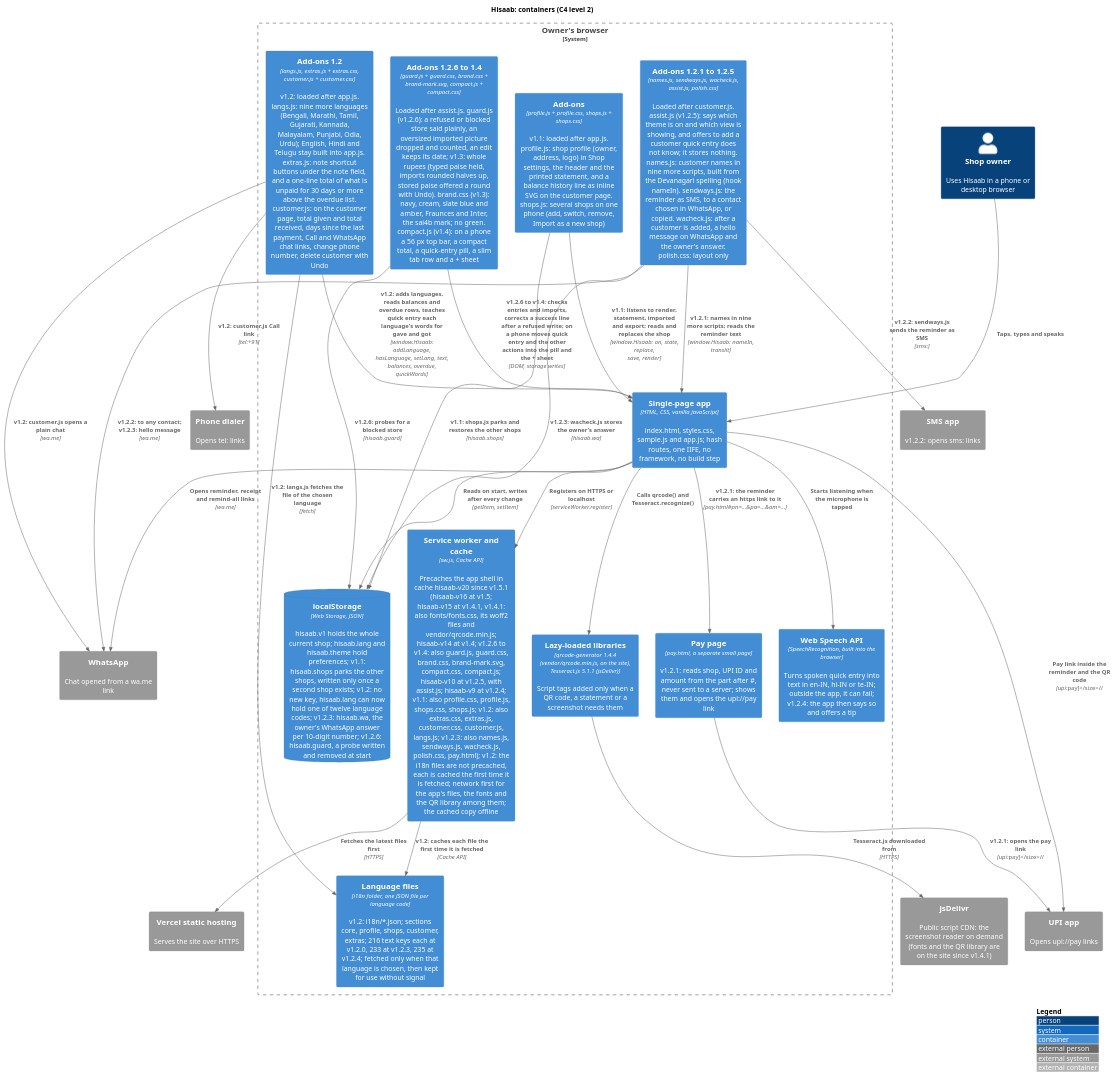
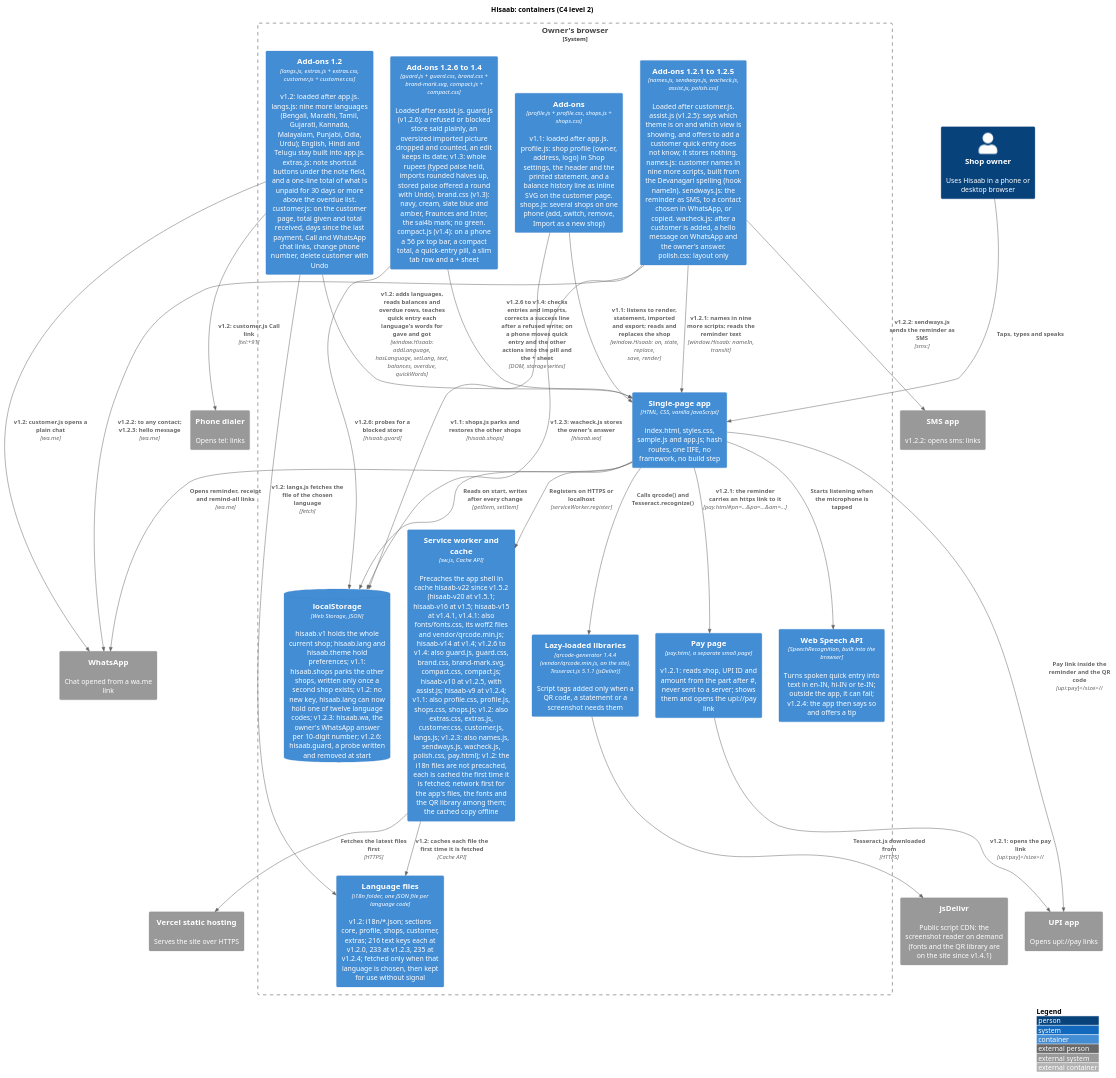
Before and after one commit to karwasanjay007/hisaab-docs: the diagram in docs/diagrams/c4-container.puml, drawn with PlantUML. The commit also changed 17 other files, not shown here.

```diff
--- a/docs/diagrams/c4-container.puml
+++ b/docs/diagrams/c4-container.puml
@@ -1,53 +1,53 @@
 @startuml c4-container
 !include <C4/C4_Container>
 title Hisaab: containers (C4 level 2)
 
 Person(owner, "Shop owner", "Uses Hisaab in a phone or desktop browser")
 System_Ext(whatsapp, "WhatsApp", "Chat opened from a wa.me link")
 System_Ext(upi, "UPI app", "Opens upi://pay links")
 System_Ext(dialer, "Phone dialer", "Opens tel: links")
 System_Ext(sms, "SMS app", "v1.2.2: opens sms: links")
 System_Ext(cdn, "jsDelivr", "Public script CDN: the screenshot reader on demand (fonts and the QR library are on the site since v1.4.1)")
 System_Ext(vercel, "Vercel static hosting", "Serves the site over HTTPS")
 
 System_Boundary(browser, "Owner's browser") {
   Container(spa, "Single-page app", "HTML, CSS, vanilla JavaScript", "index.html, styles.css, sample.js and app.js; hash routes, one IIFE, no framework, no build step")
   Container(addons, "Add-ons", "profile.js + profile.css, shops.js + shops.css", "v1.1: loaded after app.js. profile.js: shop profile (owner, address, logo) in Shop settings, the header and the printed statement, and a balance history line as inline SVG on the customer page. shops.js: several shops on one phone (add, switch, remove, Import as a new shop)")
   ContainerDb(ls, "localStorage", "Web Storage, JSON", "hisaab.v1 holds the whole current shop; hisaab.lang and hisaab.theme hold preferences; v1.1: hisaab.shops parks the other shops, written only once a second shop exists; v1.2: no new key, hisaab.lang can now hold one of twelve language codes; v1.2.3: hisaab.wa, the owner's WhatsApp answer per 10-digit number; v1.2.6: hisaab.guard, a probe written and removed at start")
-  Container(sw, "Service worker and cache", "sw.js, Cache API", "Precaches the app shell in cache hisaab-v20 since v1.5.1 (hisaab-v16 at v1.5; hisaab-v15 at v1.4.1, v1.4.1: also fonts/fonts.css, its woff2 files and vendor/qrcode.min.js; hisaab-v14 at v1.4; v1.2.6 to v1.4: also guard.js, guard.css, brand.css, brand-mark.svg, compact.css, compact.js; hisaab-v10 at v1.2.5, with assist.js; hisaab-v9 at v1.2.4; v1.1: also profile.css, profile.js, shops.css, shops.js; v1.2: also extras.css, extras.js, customer.css, customer.js, langs.js; v1.2.3: also names.js, sendways.js, wacheck.js, polish.css, pay.html); v1.2: the i18n files are not precached, each is cached the first time it is fetched; network first for the app's files, the fonts and the QR library among them; the cached copy offline")
+  Container(sw, "Service worker and cache", "sw.js, Cache API", "Precaches the app shell in cache hisaab-v22 since v1.5.2 (hisaab-v20 at v1.5.1; hisaab-v16 at v1.5; hisaab-v15 at v1.4.1, v1.4.1: also fonts/fonts.css, its woff2 files and vendor/qrcode.min.js; hisaab-v14 at v1.4; v1.2.6 to v1.4: also guard.js, guard.css, brand.css, brand-mark.svg, compact.css, compact.js; hisaab-v10 at v1.2.5, with assist.js; hisaab-v9 at v1.2.4; v1.1: also profile.css, profile.js, shops.css, shops.js; v1.2: also extras.css, extras.js, customer.css, customer.js, langs.js; v1.2.3: also names.js, sendways.js, wacheck.js, polish.css, pay.html); v1.2: the i18n files are not precached, each is cached the first time it is fetched; network first for the app's files, the fonts and the QR library among them; the cached copy offline")
   Container(addons12, "Add-ons 1.2", "langs.js, extras.js + extras.css, customer.js + customer.css", "v1.2: loaded after app.js. langs.js: nine more languages (Bengali, Marathi, Tamil, Gujarati, Kannada, Malayalam, Punjabi, Odia, Urdu); English, Hindi and Telugu stay built into app.js. extras.js: note shortcut buttons under the note field, and a one-line total of what is unpaid for 30 days or more above the overdue list. customer.js: on the customer page, total given and total received, days since the last payment, Call and WhatsApp chat links, change phone number, delete customer with Undo")
   Container(i18nfiles, "Language files", "i18n folder, one JSON file per language code", "v1.2: i18n/*.json; sections core, profile, shops, customer, extras; 216 text keys each at v1.2.0, 233 at v1.2.3, 235 at v1.2.4; fetched only when that language is chosen, then kept for use without signal")
   Container(addons123, "Add-ons 1.2.1 to 1.2.5", "names.js, sendways.js, wacheck.js, assist.js, polish.css", "Loaded after customer.js. assist.js (v1.2.5): says which theme is on and which view is showing, and offers to add a customer quick entry does not know; it stores nothing. names.js: customer names in nine more scripts, built from the Devanagari spelling (hook nameIn). sendways.js: the reminder as SMS, to a contact chosen in WhatsApp, or copied. wacheck.js: after a customer is added, a hello message on WhatsApp and the owner's answer. polish.css: layout only")
   Container(addons14, "Add-ons 1.2.6 to 1.4", "guard.js + guard.css, brand.css + brand-mark.svg, compact.js + compact.css", "Loaded after assist.js. guard.js (v1.2.6): a refused or blocked store said plainly, an oversized imported picture dropped and counted, an edit keeps its date; v1.3: whole rupees (typed paise held, imports rounded halves up, stored paise offered a round with Undo). brand.css (v1.3): navy, cream, slate blue and amber, Fraunces and Inter, the sai4b mark; no green. compact.js (v1.4): on a phone a 56 px top bar, a compact total, a quick-entry pill, a slim tab row and a + sheet")
   Container(paypage, "Pay page", "pay.html, a separate small page", "v1.2.1: reads shop, UPI ID and amount from the part after #, never sent to a server; shows them and opens the upi://pay link")
   Container(libs, "Lazy-loaded libraries", "qrcode-generator 1.4.4 (vendor/qrcode.min.js, on the site), Tesseract.js 5.1.1 (jsDelivr)", "Script tags added only when a QR code, a statement or a screenshot needs them")
   Container(speech, "Web Speech API", "SpeechRecognition, built into the browser", "Turns spoken quick entry into text in en-IN, hi-IN or te-IN; outside the app, it can fail; v1.2.4: the app then says so and offers a tip")
 }
 
 Rel(owner, spa, "Taps, types and speaks")
 Rel(spa, ls, "Reads on start, writes after every change", "getItem, setItem")
 Rel(addons, spa, "v1.1: listens to render, statement, imported and export; reads and replaces the shop", "window.Hisaab: on, state, replace, save, render")
 Rel(addons, ls, "v1.1: shops.js parks and restores the other shops", "hisaab.shops")
 Rel(addons12, spa, "v1.2: adds languages, reads balances and overdue rows, teaches quick entry each language's words for gave and got", "window.Hisaab: addLanguage, hasLanguage, setLang, text, balances, overdue, quickWords")
 Rel(addons12, i18nfiles, "v1.2: langs.js fetches the file of the chosen language", "fetch")
 Rel(sw, i18nfiles, "v1.2: caches each file the first time it is fetched", "Cache API")
 Rel(spa, sw, "Registers on HTTPS or localhost", "serviceWorker.register")
 Rel(sw, vercel, "Fetches the latest files first", "HTTPS")
 Rel(spa, libs, "Calls qrcode() and Tesseract.recognize()")
 Rel(libs, cdn, "Tesseract.js downloaded from", "HTTPS")
 Rel(spa, speech, "Starts listening when the microphone is tapped")
 Rel(spa, whatsapp, "Opens reminder, receipt and remind-all links", "wa.me")
 Rel(spa, upi, "Pay link inside the reminder and the QR code", "upi://pay")
 Rel(addons12, whatsapp, "v1.2: customer.js opens a plain chat", "wa.me")
 Rel(addons12, dialer, "v1.2: customer.js Call link", "tel:+91")
 Rel(addons123, spa, "v1.2.1: names in nine more scripts; reads the reminder text", "window.Hisaab: nameIn, translit")
 Rel(addons123, ls, "v1.2.3: wacheck.js stores the owner's answer", "hisaab.wa")
 Rel(addons123, sms, "v1.2.2: sendways.js sends the reminder as SMS", "sms:")
 Rel(addons123, whatsapp, "v1.2.2: to any contact; v1.2.3: hello message", "wa.me")
 Rel(spa, paypage, "v1.2.1: the reminder carries an https link to it", "pay.html#pn=...&pa=...&am=...")
 Rel(paypage, upi, "v1.2.1: opens the pay link", "upi://pay")
 Rel(addons14, spa, "v1.2.6 to v1.4: checks entries and imports, corrects a success line after a refused write; on a phone moves quick entry and the other actions into the pill and the + sheet", "DOM, storage writes")
 Rel(addons14, ls, "v1.2.6: probes for a blocked store", "hisaab.guard")
 
 LAYOUT_WITH_LEGEND()
 @enduml
```
